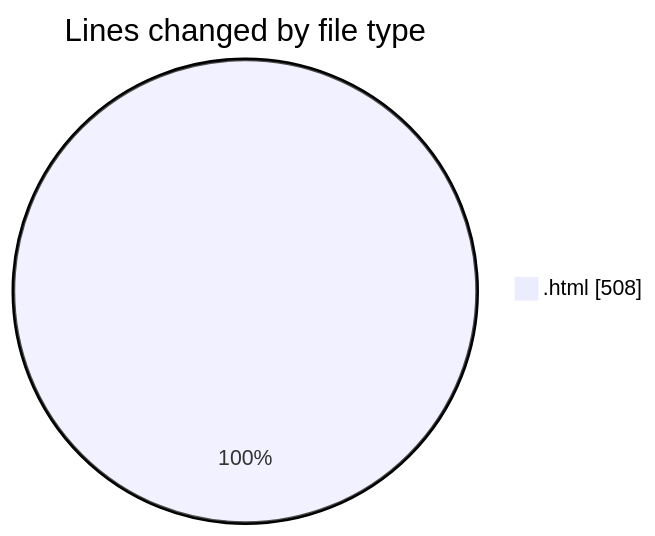
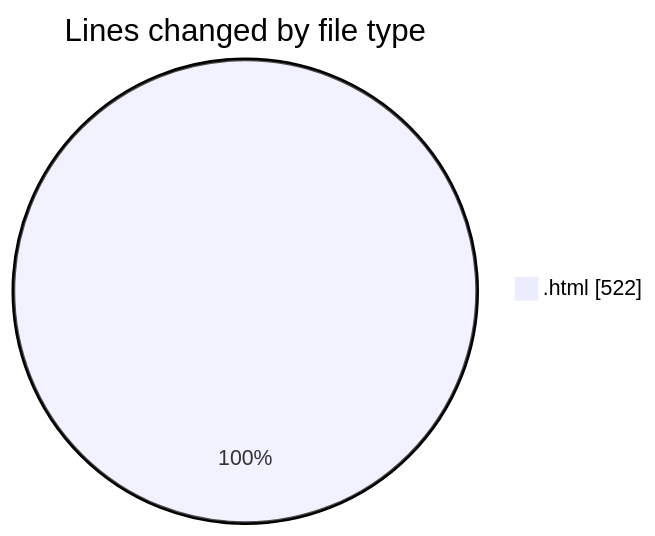
One commit to LanceThiago/code-tracking changed the first of 2 diagrams in 2025-01-07/nueva_carpeta/README.md. Above: the diagram before and after it, drawn with Mermaid. The commit also changed other lines of this file and 1 other file, not shown here.

````diff
--- a/2025-01-07/nueva_carpeta/README.md
+++ b/2025-01-07/nueva_carpeta/README.md
@@ -20,5 +20,5 @@
 ```mermaid
 pie showData
 title Lines changed by file type
-".html" : 508
+".html" : 522
 ```
````
